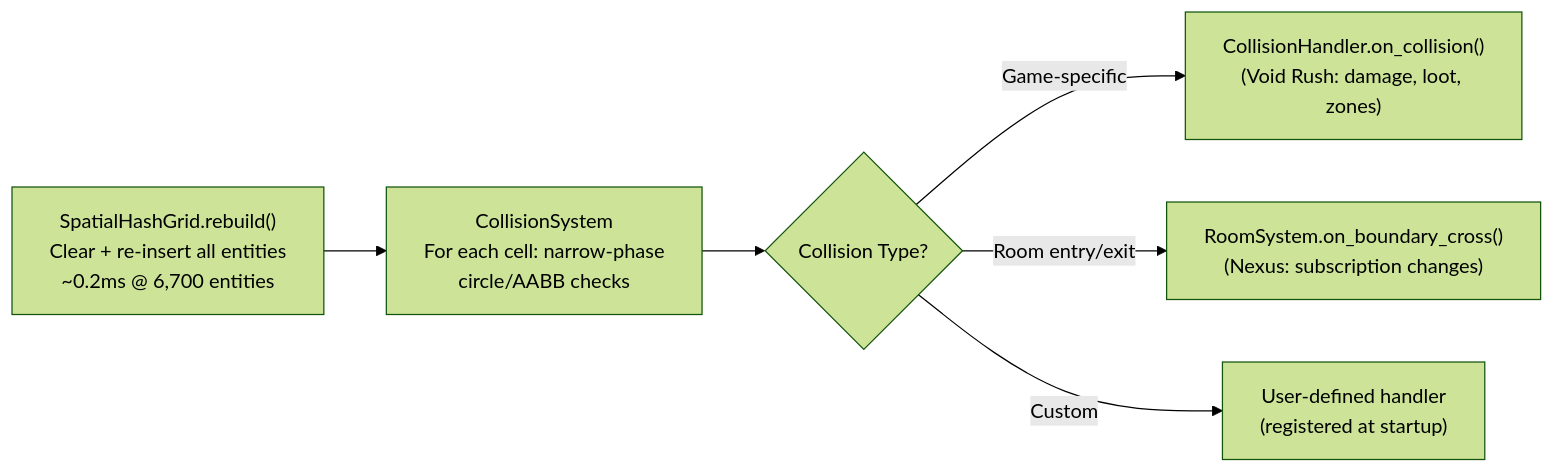
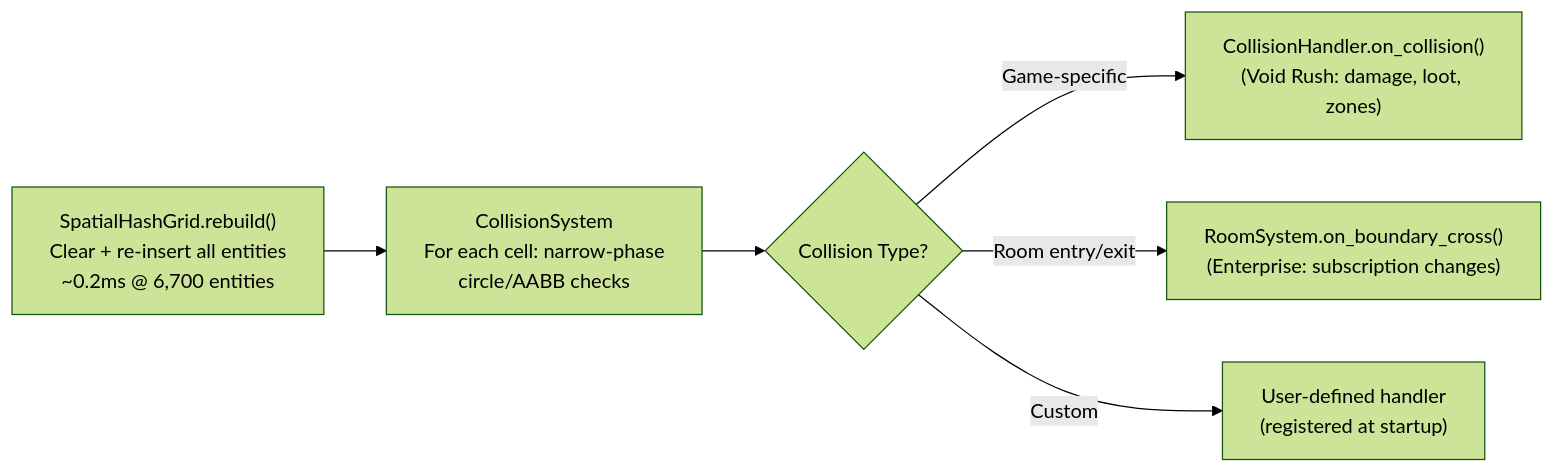
Before and after one commit to garnizeh-labs/aetheris-engine: the second of 2 diagrams in docs/SPATIAL_PARTITIONING_DESIGN.md, drawn with Mermaid (forest theme). The commit also changed other lines of this file and 14 other files, not shown here.

````diff
--- a/docs/SPATIAL_PARTITIONING_DESIGN.md
+++ b/docs/SPATIAL_PARTITIONING_DESIGN.md
@@ -485,8 +485,8 @@
 ```mermaid
 graph LR
     A["SpatialHashGrid.rebuild()<br/>Clear + re-insert all entities<br/>~0.2ms @ 6,700 entities"] --> B["CollisionSystem<br/>For each cell: narrow-phase<br/>circle/AABB checks"]
     B --> C{"Collision Type?"}
     C -->|"Game-specific"| D["CollisionHandler.on_collision()<br/>(Void Rush: damage, loot, zones)"]
-    C -->|"Room entry/exit"| E["RoomSystem.on_boundary_cross()<br/>(Nexus: subscription changes)"]
+    C -->|"Room entry/exit"| E["RoomSystem.on_boundary_cross()<br/>(Enterprise: subscription changes)"]
     C -->|"Custom"| F["User-defined handler<br/>(registered at startup)"]
 ```
````
